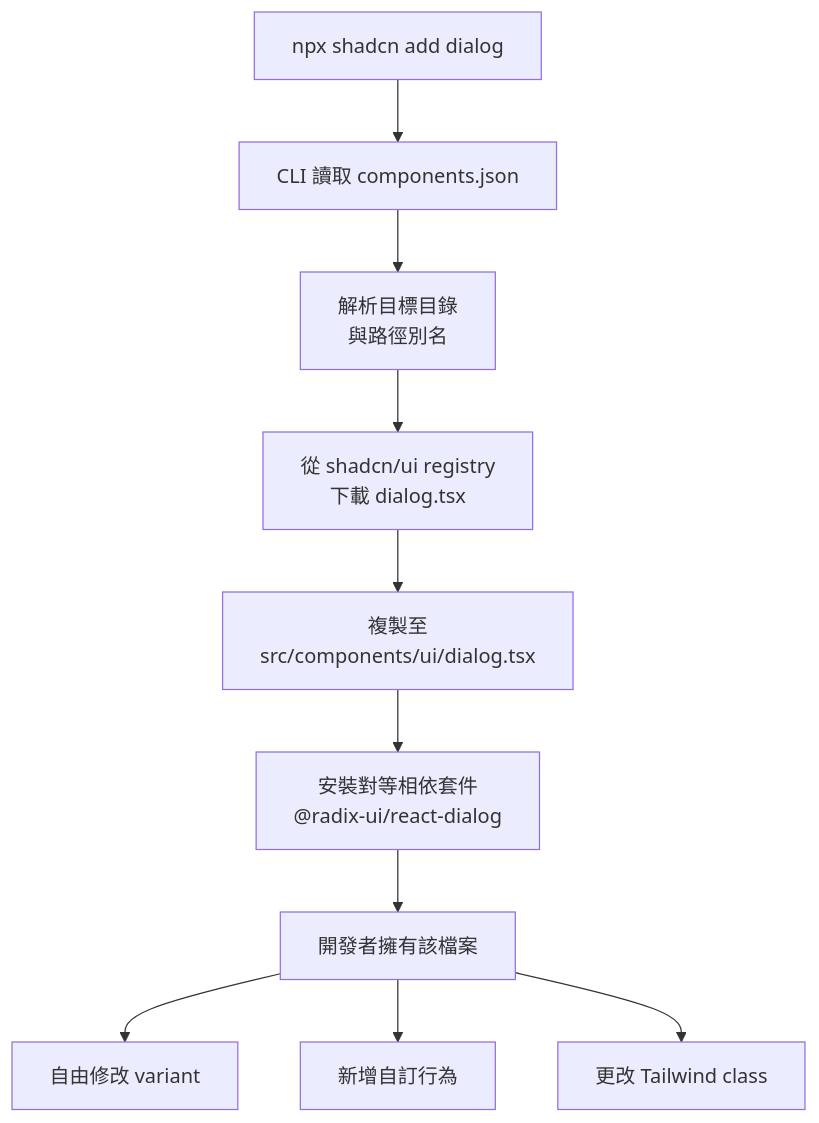
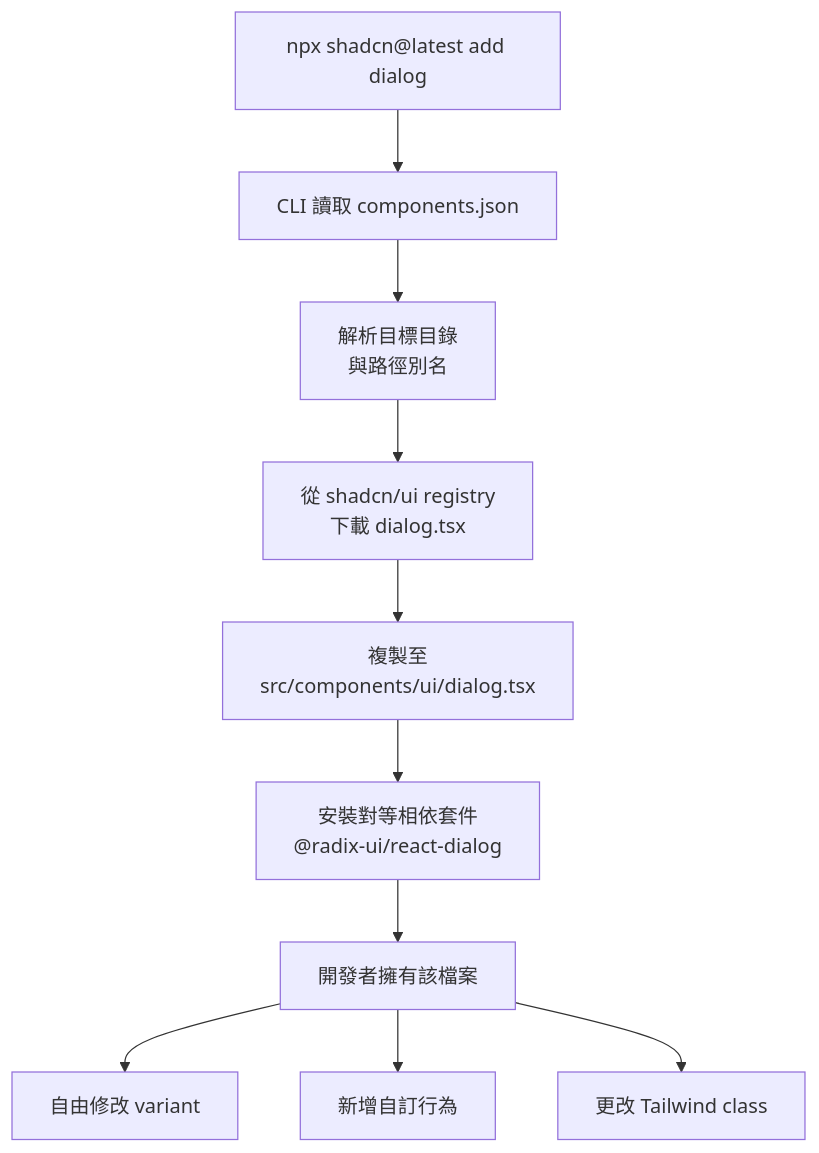
The diagram in docs/zh-tw/Design Systems and UI Libraries/903.md (alivedise/frontend-engineering-essentials), drawn with Mermaid before and after one commit. The commit also changed 1 other file, not shown here.

Commit message:
fix(fee): fix FEE-903 mermaid diagram CLI command to npx shadcn@latest

````diff
--- a/docs/zh-tw/Design Systems and UI Libraries/903.md
+++ b/docs/zh-tw/Design Systems and UI Libraries/903.md
@@ -186,12 +186,12 @@
 ```mermaid
 flowchart TD
-    A["npx shadcn add dialog"] --> B["CLI 讀取 components.json"]
+    A["npx shadcn@latest add dialog"] --> B["CLI 讀取 components.json"]
     B --> C["解析目標目錄\n與路徑別名"]
     C --> D["從 shadcn/ui registry\n下載 dialog.tsx"]
     D --> E["複製至\nsrc/components/ui/dialog.tsx"]
     E --> F["安裝對等相依套件\n@radix-ui/react-dialog"]
     F --> G["開發者擁有該檔案"]
     G --> H["自由修改 variant"]
     G --> I["新增自訂行為"]
     G --> J["更改 Tailwind class"]
 ```
````
